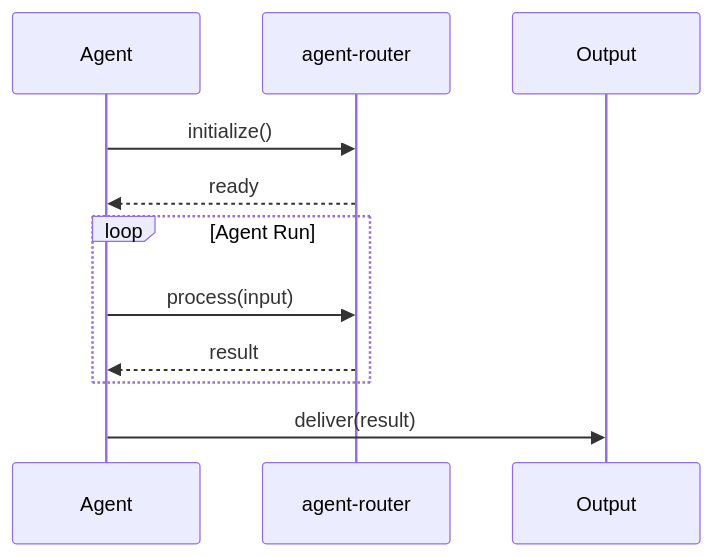
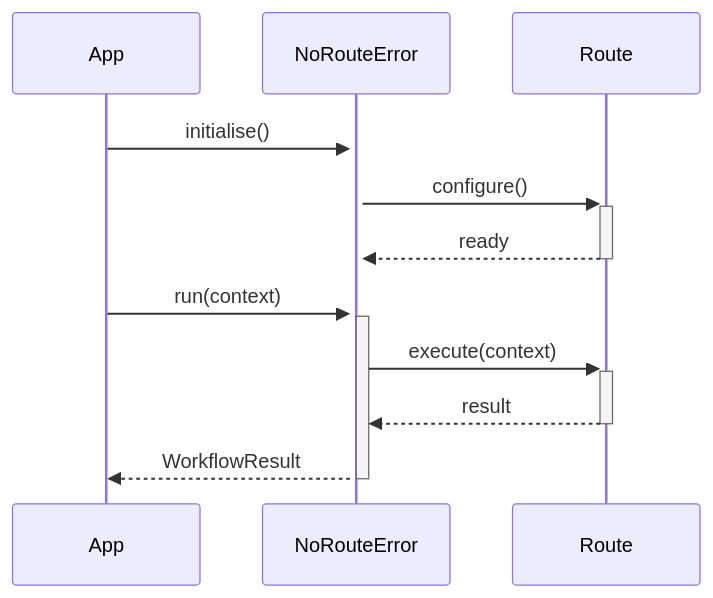
One commit to darshjme/margadarshak changed the second of 2 diagrams in README.md. Above: the diagram before and after it, drawn with Mermaid. The commit also changed other lines of this file and 1 other file, not shown here.

````diff
--- a/README.md
+++ b/README.md
@@ -72,16 +94,14 @@
 ```mermaid
 sequenceDiagram
-    participant Agent
-    participant AgentRouter as agent-router
-    participant Output
+    participant App
+    participant NoRouteError
+    participant Route
 
-    Agent->>AgentRouter: initialize()
-    AgentRouter-->>Agent: ready
-
-    loop Agent Run
-        Agent->>AgentRouter: process(input)
-        AgentRouter-->>Agent: result
-    end
-
-    Agent->>Output: deliver(result)
+    App->>+NoRouteError: initialise()
+    NoRouteError->>+Route: configure()
+    Route-->>-NoRouteError: ready
+    App->>+NoRouteError: run(context)
+    NoRouteError->>+Route: execute(context)
+    Route-->>-NoRouteError: result
+    NoRouteError-->>-App: WorkflowResult
 ```
````
